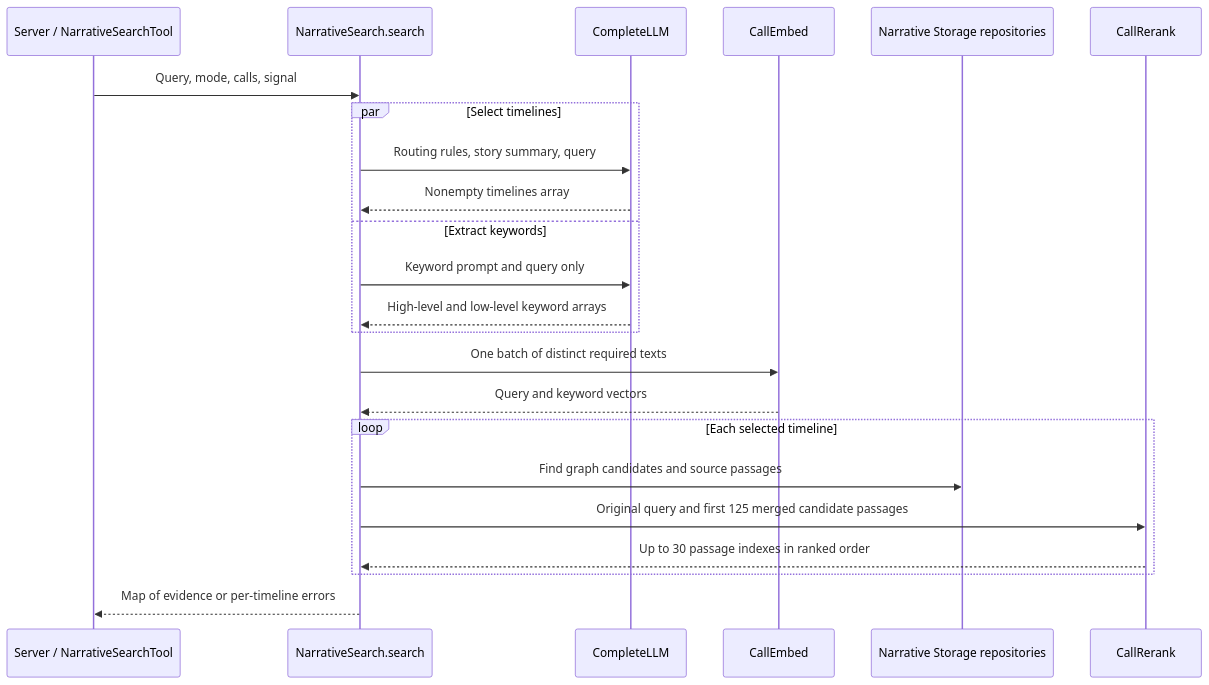
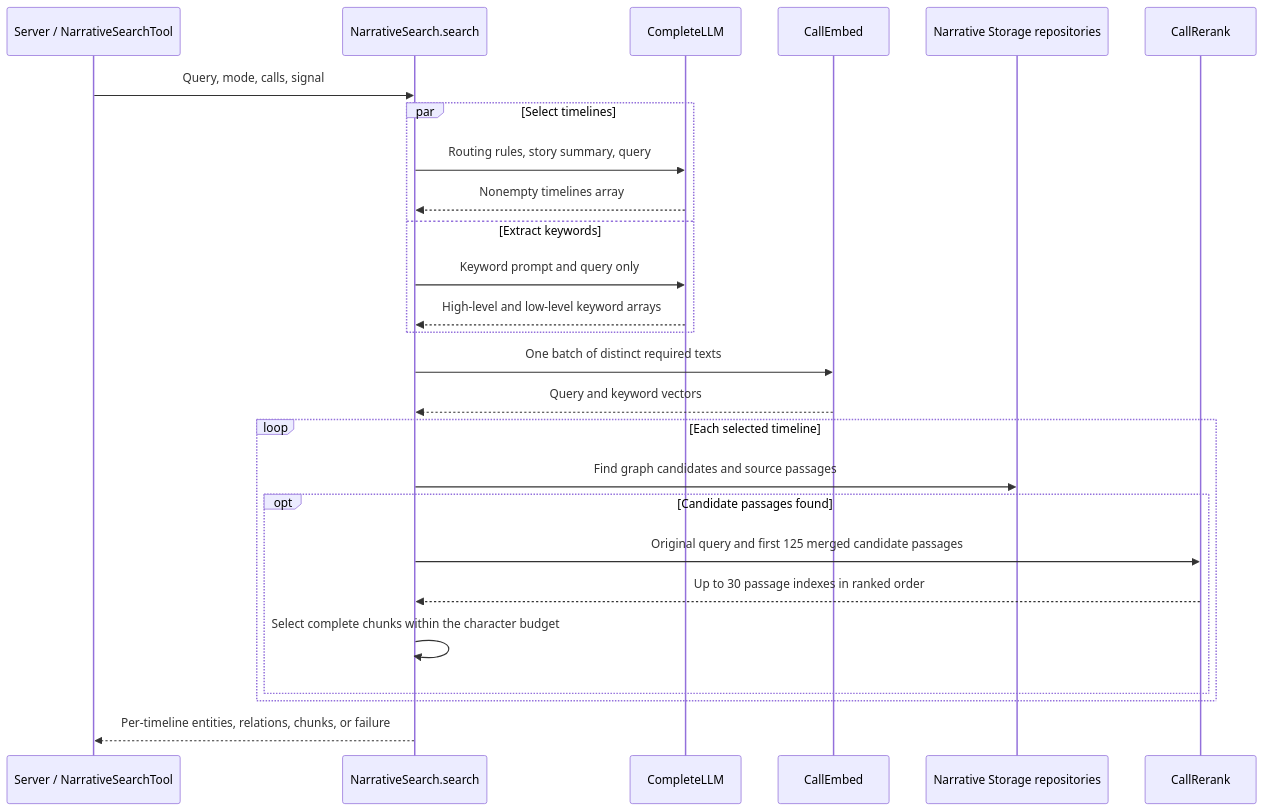
One commit to chengyuZou/EmaAgent changed the diagram in src/narrative/README.md. Above: the diagram before and after it, drawn with Mermaid. The commit also changed other lines of this file and 21 other files, not shown here.

````diff
--- a/src/narrative/README.md
+++ b/src/narrative/README.md
@@ -36,25 +36,28 @@
 ```mermaid
 sequenceDiagram
     participant Host as Server / NarrativeSearchTool
     participant Search as NarrativeSearch.search
     participant LLM as CompleteLLM
     participant Embed as CallEmbed
     participant DB as Narrative Storage repositories
     participant Rank as CallRerank
     Host->>Search: Query, mode, calls, signal
     par Select timelines
         Search->>LLM: Routing rules, story summary, query
         LLM-->>Search: Nonempty timelines array
     and Extract keywords
         Search->>LLM: Keyword prompt and query only
         LLM-->>Search: High-level and low-level keyword arrays
     end
     Search->>Embed: One batch of distinct required texts
     Embed-->>Search: Query and keyword vectors
     loop Each selected timeline
         Search->>DB: Find graph candidates and source passages
-        Search->>Rank: Original query and first 125 merged candidate passages
-        Rank-->>Search: Up to 30 passage indexes in ranked order
+        opt Candidate passages found
+            Search->>Rank: Original query and first 125 merged candidate passages
+            Rank-->>Search: Up to 30 passage indexes in ranked order
+            Search->>Search: Select complete chunks within the character budget
+        end
     end
-    Search-->>Host: Map of evidence or per-timeline errors
+    Search-->>Host: Per-timeline entities, relations, chunks, or failure
 ```
````
